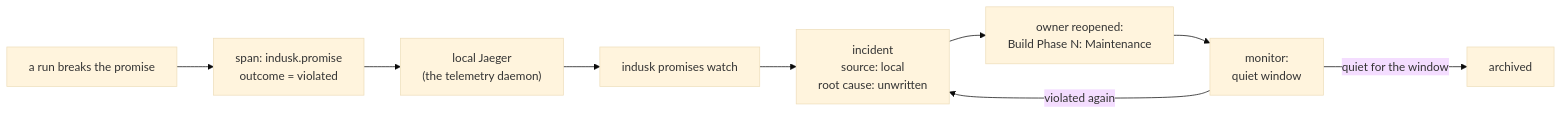
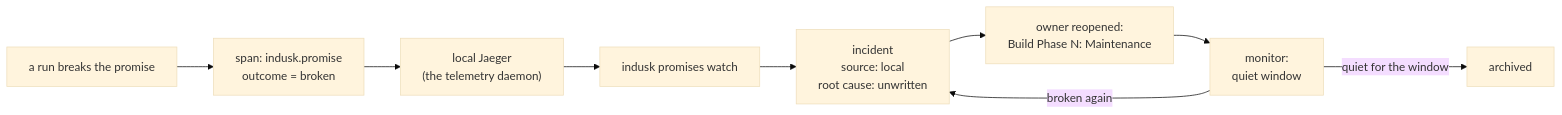
Before and after one commit to infinitedusky/indusk: the third of 5 diagrams in apps/docs/src/guide/promises.md, drawn with Mermaid (base theme). The commit also changed other lines of this file and 27 other files, not shown here.

Commit message:
docs(one-promise-language): guide and reference say upheld, broken and signal

````diff
--- a/apps/docs/src/guide/promises.md
+++ b/apps/docs/src/guide/promises.md
@@ -214,11 +214,11 @@
 ```mermaid
 flowchart LR
-    Run["a run breaks the promise"] --> Span["span: indusk.promise<br/>outcome = violated"]
+    Run["a run breaks the promise"] --> Span["span: indusk.promise<br/>outcome = broken"]
     Span --> Jaeger["local Jaeger<br/>(the telemetry daemon)"]
     Jaeger --> Watch["indusk promises watch"]
     Watch --> Incident["incident<br/>source: local<br/>root cause: unwritten"]
     Incident --> Phase["owner reopened:<br/>Build Phase N: Maintenance"]
     Phase --> Window["monitor:<br/>quiet window"]
     Window -->|quiet for the window| Closed["archived"]
-    Window -->|violated again| Incident
+    Window -->|broken again| Incident
 ```
````
